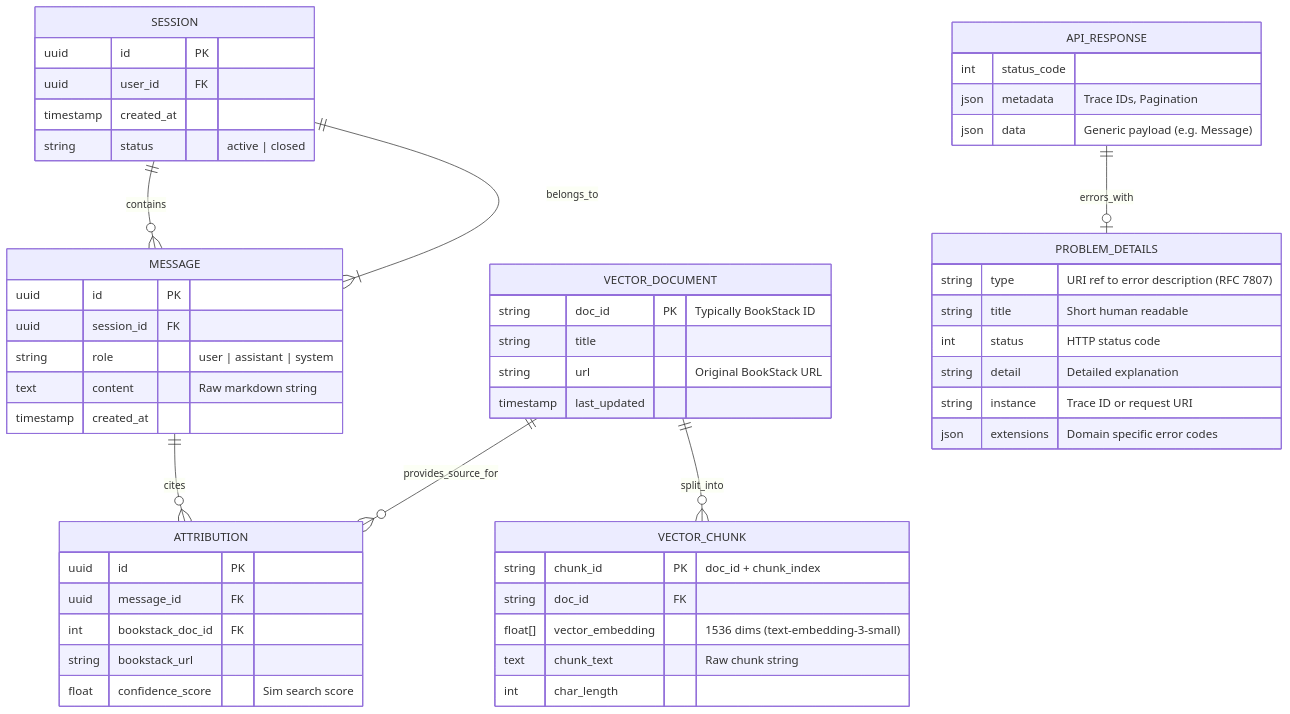
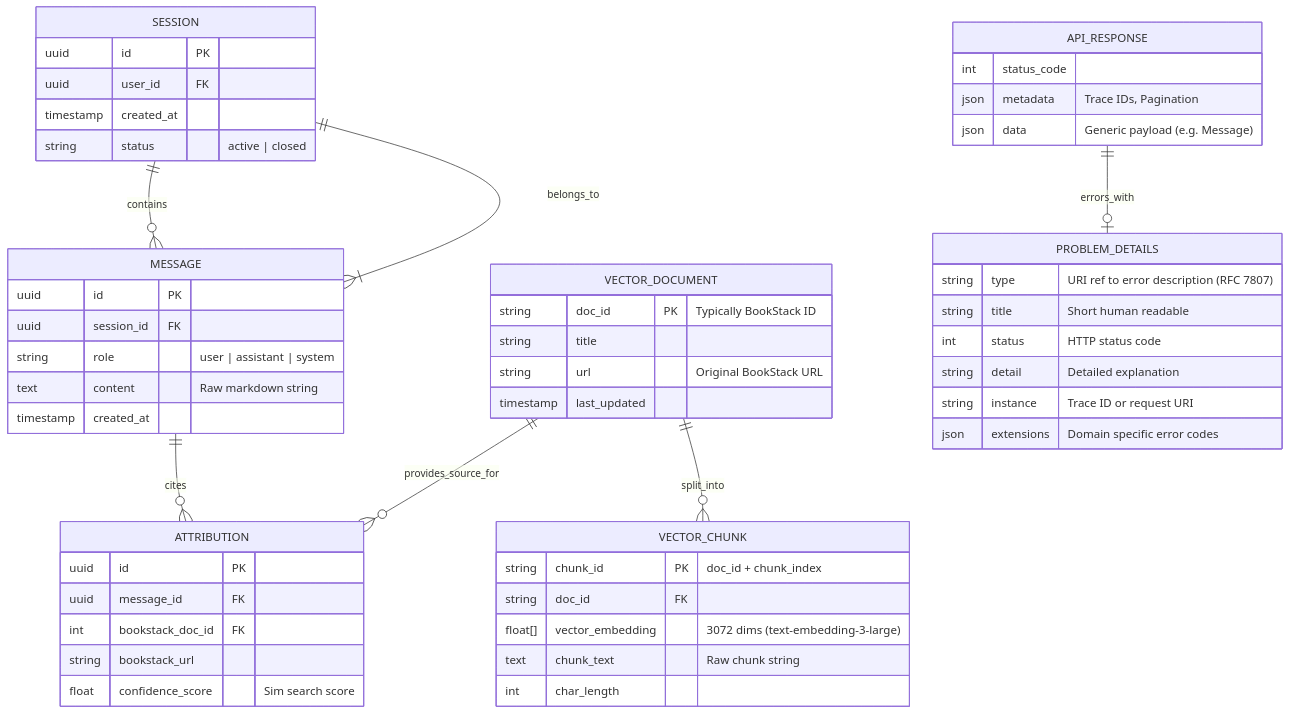
One commit to AbhayKauts21/Vanguard changed the diagram in docs/designs/entity_relationship_model.mmd. Above: the diagram before and after it, drawn with Mermaid. The commit also changed 43 other files, not shown here.

```diff
--- a/docs/designs/entity_relationship_model.mmd
+++ b/docs/designs/entity_relationship_model.mmd
@@ -1,64 +1,64 @@
 erDiagram
     %% Core Chat Concept
     SESSION ||--o{ MESSAGE : contains
     SESSION {
         uuid id PK
         uuid user_id FK
         timestamp created_at
         string status "active | closed"
     }
 
     MESSAGE }|--|| SESSION : belongs_to
     MESSAGE {
         uuid id PK
         uuid session_id FK
         string role "user | assistant | system"
         text content "Raw markdown string"
         timestamp created_at
     }
 
     %% RAG Concepts (Context Mapping)
     MESSAGE ||--o{ ATTRIBUTION : cites
     ATTRIBUTION {
         uuid id PK
         uuid message_id FK
         int bookstack_doc_id FK
         string bookstack_url
         float confidence_score "Sim search score"
     }
 
     VECTOR_DOCUMENT ||--o{ VECTOR_CHUNK : split_into
     VECTOR_DOCUMENT {
         string doc_id PK "Typically BookStack ID"
         string title
         string url "Original BookStack URL"
         timestamp last_updated
     }
     
     VECTOR_CHUNK {
         string chunk_id PK "doc_id + chunk_index"
         string doc_id FK
-        float[] vector_embedding "1536 dims (text-embedding-3-small)"
+        float[] vector_embedding "3072 dims (text-embedding-3-large)"
         text chunk_text "Raw chunk string"
         int char_length
     }
 
     %% Backend HTTP Response Envelopes
     API_RESPONSE ||--o| PROBLEM_DETAILS : errors_with
     API_RESPONSE {
         int status_code
         json metadata "Trace IDs, Pagination"
         json data "Generic payload (e.g. Message)"
     }
 
     PROBLEM_DETAILS {
         string type "URI ref to error description (RFC 7807)"
         string title "Short human readable"
         int status "HTTP status code"
         string detail "Detailed explanation"
         string instance "Trace ID or request URI"
         json extensions "Domain specific error codes"
     }
 
     %% Relationships Mapping
     VECTOR_DOCUMENT ||--o{ ATTRIBUTION : provides_source_for
```
